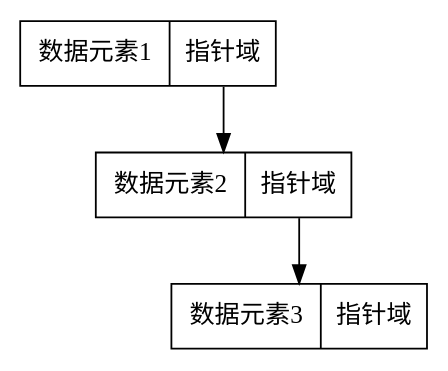
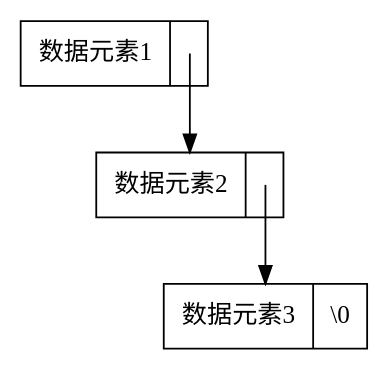
The fourth of 6 diagrams in src/第〇章-绪论.md (xavierwoo/data_structrues_notes), drawn with Graphviz before and after one commit. The commit also changed other lines of this file, not shown here.

Commit message:
优化图

````diff
--- a/src/第〇章-绪论.md
+++ b/src/第〇章-绪论.md
@@ -82,10 +99,10 @@
 ```dot
 digraph G{
     node [shape = record]
-    A [label = "<data> 数据元素1|<p> 指针域"];
-    B [label = "<data> 数据元素2|<p> 指针域"];
-    C [label = "<data> 数据元素3|<p> 指针域"];
-    A:p -> B;
-    B:p -> C;
+    A [label = "<data> 数据元素1|<p> "];
+    B [label = "<data> 数据元素2|<p> "];
+    C [label = "<data> 数据元素3|<p> \\0"];
+    A:p:c -> B [tailclip=false];
+    B:p:c -> C [tailclip=false];
 }
 ```
````
